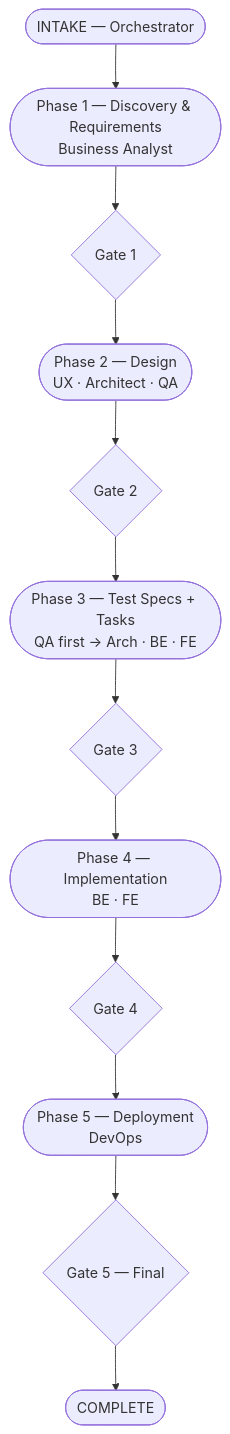
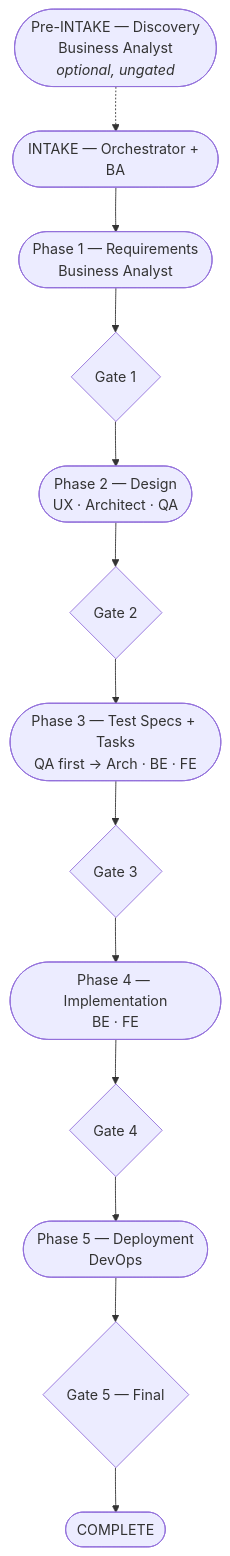
Before and after one commit to clitetailor/artifact-driven-development: the first of 3 diagrams in handbook/sdlc-workflows.md, drawn with Mermaid. The commit also changed other lines of this file and 7 other files, not shown here.

````diff
--- a/handbook/sdlc-workflows.md
+++ b/handbook/sdlc-workflows.md
@@ -6,14 +6,15 @@
 ```mermaid
 flowchart TD
-    INTAKE([INTAKE — Orchestrator]) --> P1
-    P1([Phase 1 — Discovery & Requirements<br/>Business Analyst]) --> G1{Gate 1}
+    PRE([Pre-INTAKE — Discovery<br/>Business Analyst<br/><i>optional, ungated</i>]) -.-> INTAKE
+    INTAKE([INTAKE — Orchestrator + BA]) --> P1
+    P1([Phase 1 — Requirements<br/>Business Analyst]) --> G1{Gate 1}
     G1 --> P2([Phase 2 — Design<br/>UX · Architect · QA])
     P2 --> G2{Gate 2}
     G2 --> P3([Phase 3 — Test Specs + Tasks<br/>QA first → Arch · BE · FE])
     P3 --> G3{Gate 3}
     G3 --> P4([Phase 4 — Implementation<br/>BE · FE])
     P4 --> G4{Gate 4}
     G4 --> P5([Phase 5 — Deployment<br/>DevOps])
     P5 --> G5{Gate 5 — Final}
     G5 --> DONE([COMPLETE])
 ```
````
